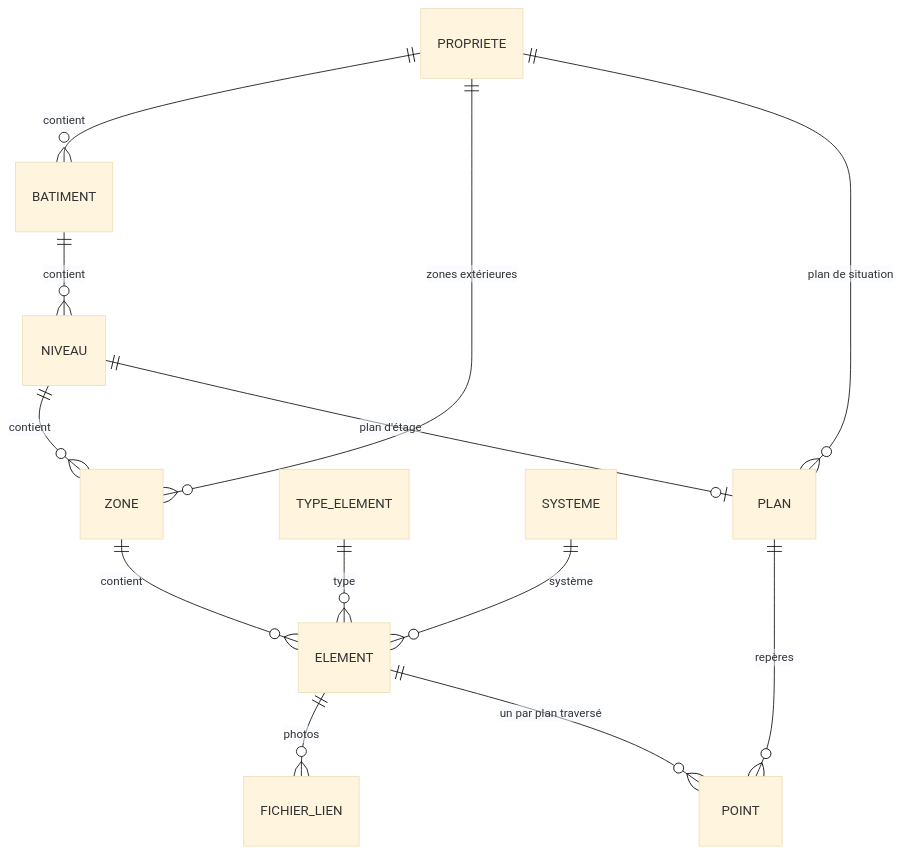
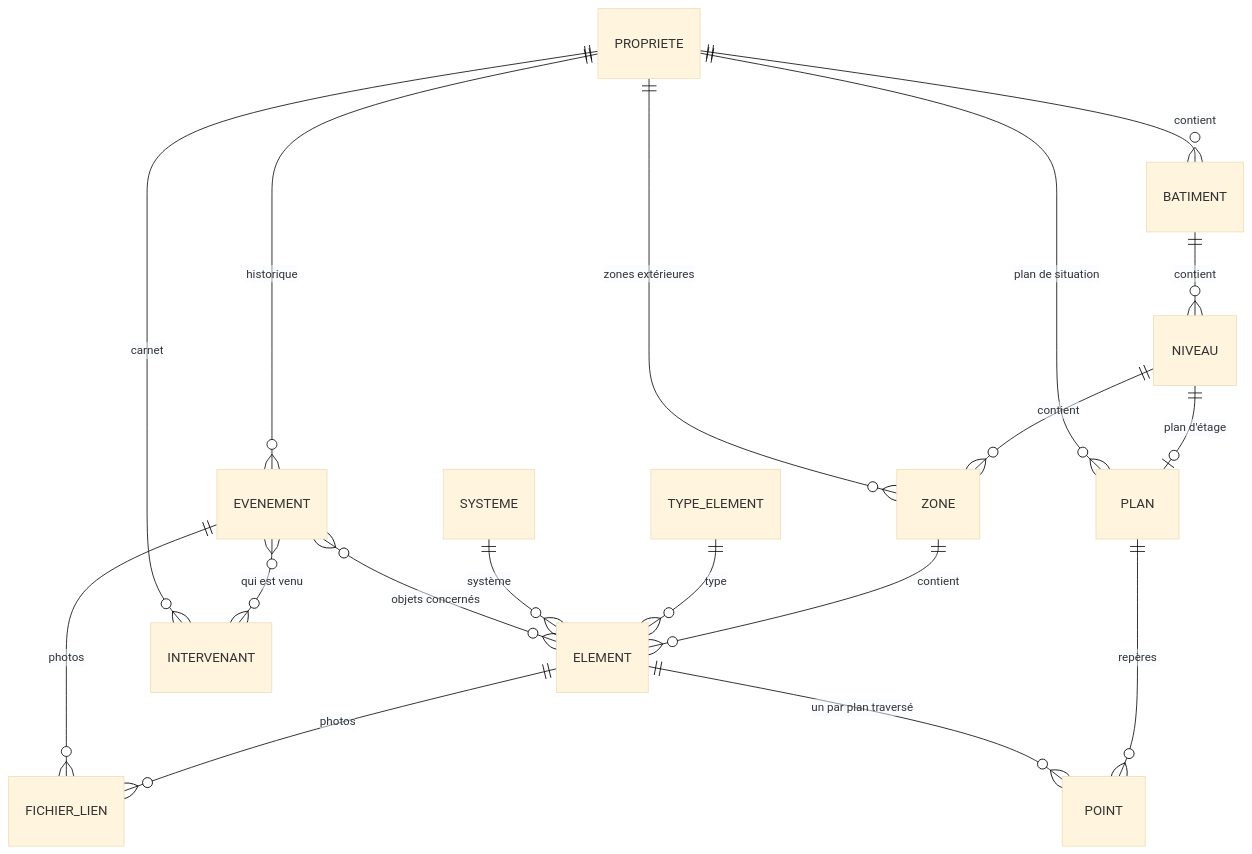
Before and after one commit to theo-bggtt/gestionImmobiliere: the first of 3 diagrams in README.md, drawn with Mermaid (base theme). The commit also changed other lines of this file and 42 other files, not shown here.

````diff
--- a/README.md
+++ b/README.md
@@ -132,15 +133,20 @@
 ```mermaid
 erDiagram
     PROPRIETE ||--o{ BATIMENT : contient
     BATIMENT ||--o{ NIVEAU : contient
     NIVEAU ||--o{ ZONE : contient
     PROPRIETE ||--o{ ZONE : "zones extérieures"
     ZONE ||--o{ ELEMENT : contient
     TYPE_ELEMENT ||--o{ ELEMENT : type
     SYSTEME ||--o{ ELEMENT : système
     ELEMENT ||--o{ FICHIER_LIEN : photos
     NIVEAU ||--o| PLAN : "plan d'étage"
     PROPRIETE ||--o{ PLAN : "plan de situation"
     PLAN ||--o{ POINT : repères
     ELEMENT ||--o{ POINT : "un par plan traversé"
+    PROPRIETE ||--o{ EVENEMENT : historique
+    EVENEMENT }o--o{ ELEMENT : "objets concernés"
+    EVENEMENT }o--o{ INTERVENANT : "qui est venu"
+    PROPRIETE ||--o{ INTERVENANT : carnet
+    EVENEMENT ||--o{ FICHIER_LIEN : photos
 ```
````
